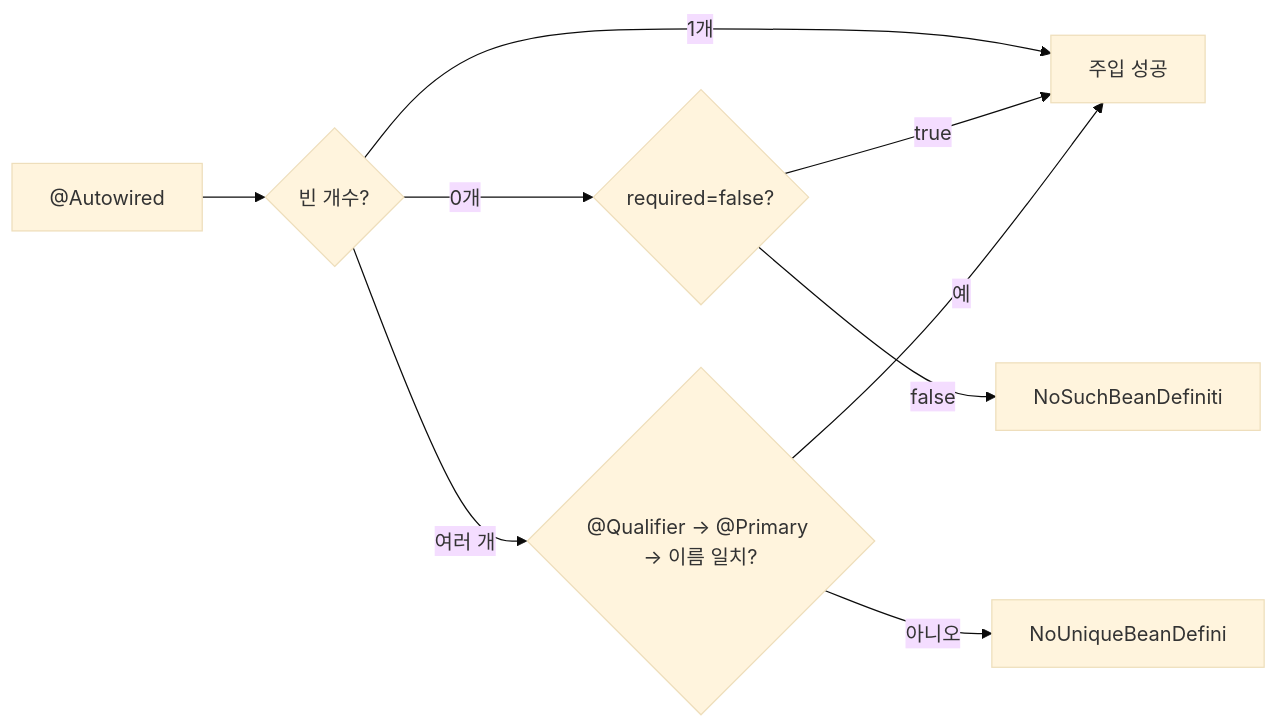
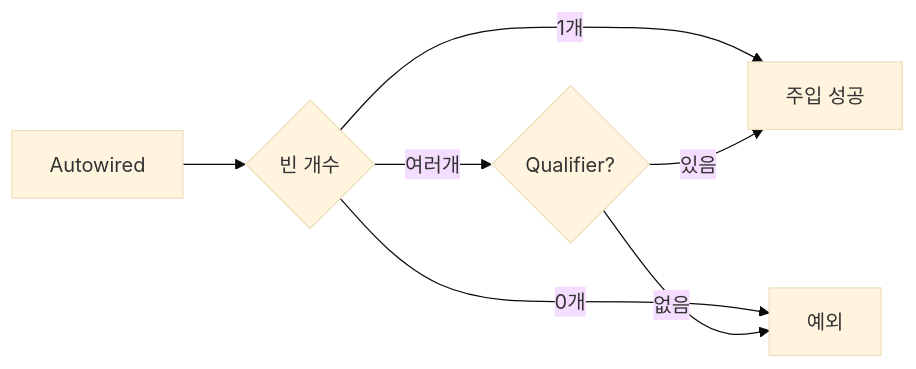
The sixth of 13 diagrams in _posts/spring/2026-05-02-spring-core-basic.md (yjkim2015/yjkim2015.github.io), drawn with Mermaid (base theme) before and after one commit. The commit also changed other lines of this file and 163 other files, not shown here.

First line of the commit message:
Mermaid 300개 블록 내용 축소: 5노드 5엣지 이하, 의미 있는 약어

````diff
--- a/_posts/spring/2026-05-02-spring-core-basic.md
+++ b/_posts/spring/2026-05-02-spring-core-basic.md
@@ -365,11 +361,9 @@
 ```mermaid
-flowchart LR
-    A["@Autowired"] --> B{"빈 개수?"}
-    B -->|"1개"| D["주입 성공"]
-    B -->|"0개"| E{"required=false?"}
-    E -->|"true"| D
-    E -->|"false"| G["NoSuchBeanDefiniti"]
-    B -->|"여러 개"| H{"@Qualifier → @Primary → 이름 일치?"}
-    H -->|"예"| D
-    H -->|"아니오"| K["NoUniqueBeanDefini"]
+graph LR
+    A[Autowired] --> B{빈 개수}
+    B -->|1개| C[주입 성공]
+    B -->|0개| D[예외]
+    B -->|여러개| E{Qualifier?}
+    E -->|있음| C
+    E -->|없음| D
 ```
````
